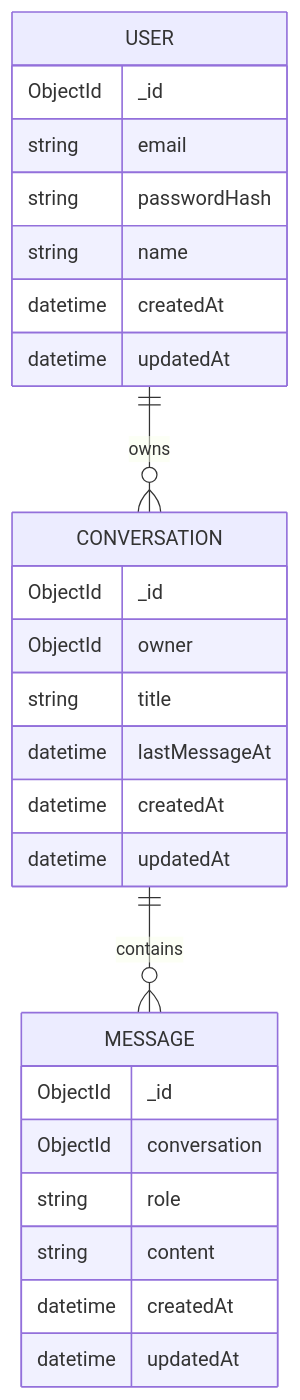
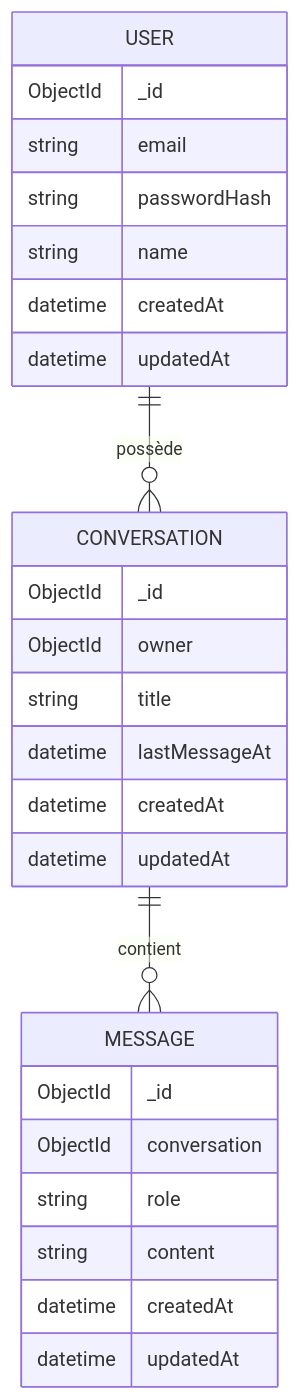
Before and after one commit to wess4sec/E7KILI: the diagram in docs/database.md, drawn with Mermaid. The commit also changed other lines of this file and 20 other files, not shown here.

````diff
--- a/docs/database.md
+++ b/docs/database.md
@@ -9,29 +9,29 @@
 ```mermaid
 erDiagram
-  USER ||--o{ CONVERSATION : owns
-  CONVERSATION ||--o{ MESSAGE : contains
+  USER ||--o{ CONVERSATION : possède
+  CONVERSATION ||--o{ MESSAGE : contient
   USER {
     ObjectId _id
     string email
     string passwordHash
     string name
     datetime createdAt
     datetime updatedAt
   }
   CONVERSATION {
     ObjectId _id
     ObjectId owner
     string title
     datetime lastMessageAt
     datetime createdAt
     datetime updatedAt
   }
   MESSAGE {
     ObjectId _id
     ObjectId conversation
     string role
     string content
     datetime createdAt
     datetime updatedAt
   }
 ```
````
